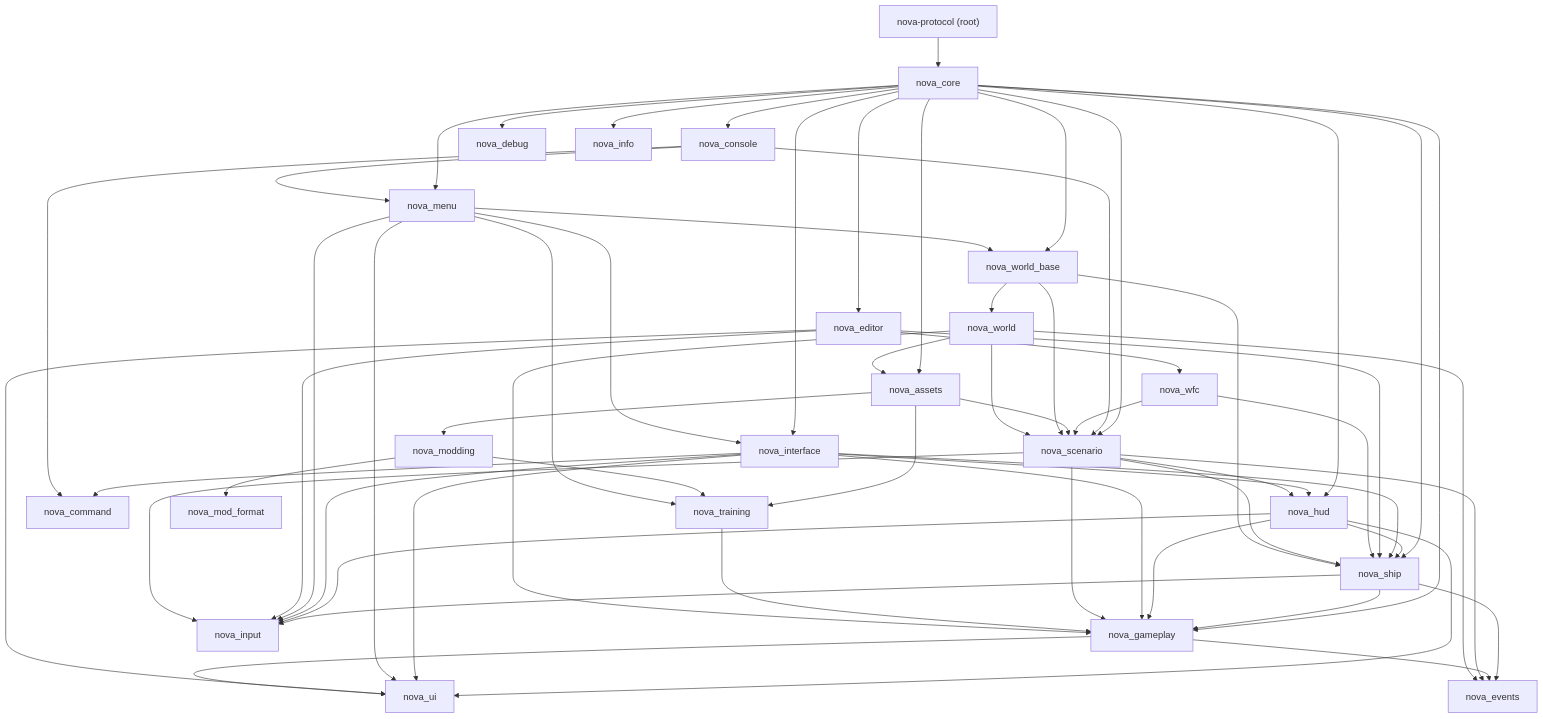
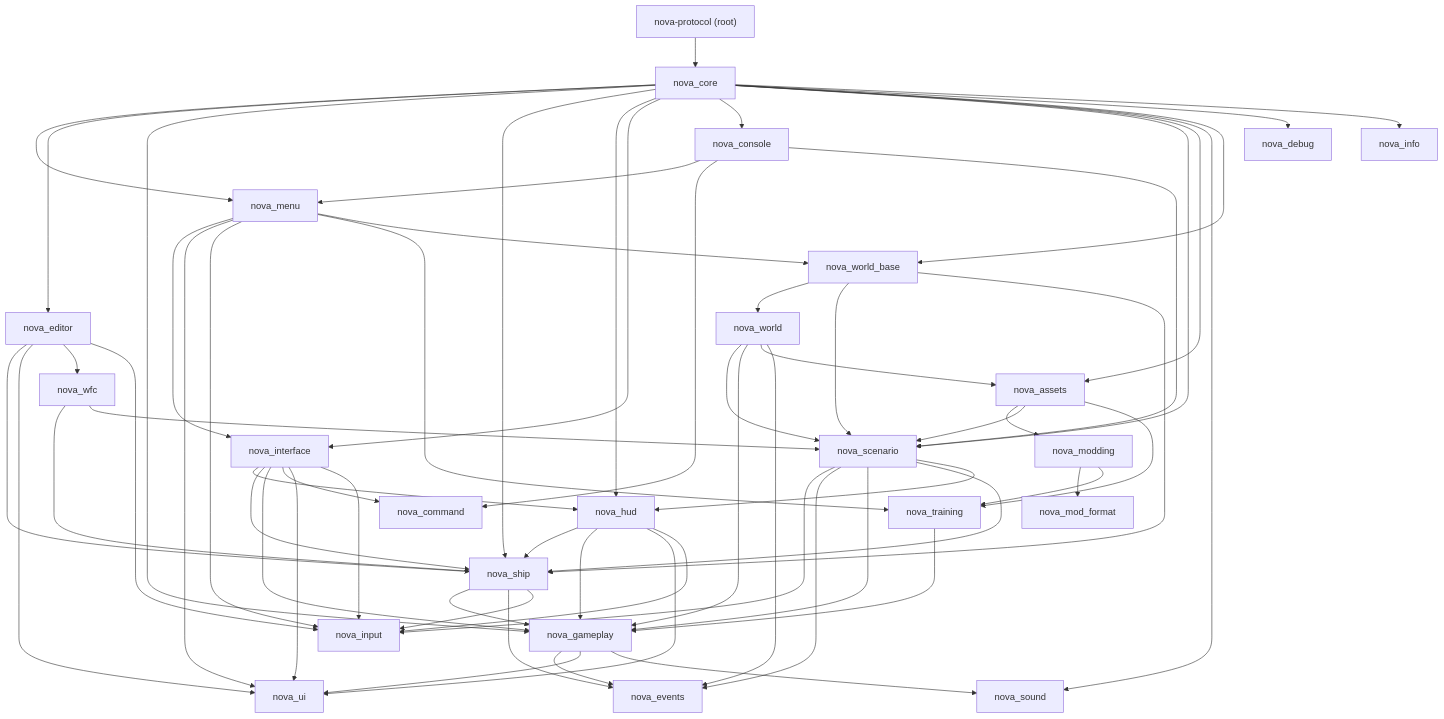
Before and after one commit to alexjercan/nova-protocol: the first of 3 diagrams in docs/architecture.md, drawn with Mermaid. The commit also changed other lines of this file and 93 other files, not shown here.

First line of the commit message:
Move the audio engine into nova_sound

````diff
--- a/docs/architecture.md
+++ b/docs/architecture.md
@@ -50,63 +51,65 @@
 ```mermaid
 graph TD
     root["nova-protocol (root)"] --> core["nova_core"]
     core --> menu["nova_menu"]
     core --> editor["nova_editor"]
     core --> gameplay["nova_gameplay"]
     core --> ship["nova_ship"]
     core --> hud["nova_hud"]
     core --> iface["nova_interface"]
     core --> console["nova_console"]
     core --> scenario["nova_scenario"]
     core --> assets["nova_assets"]
     ship --> gameplay
     ship --> events["nova_events"]
     hud --> ship
     hud --> gameplay
     hud --> ui["nova_ui"]
     iface --> hud
     iface --> ship
     iface --> gameplay
     iface --> cmd["nova_command"]
     iface --> ui
     menu --> iface
     console --> menu
     console --> cmd
     console --> scenario
     menu --> ui
     editor --> ship
     editor --> ui
     editor --> wfc["nova_wfc"]
     wfc --> ship
     wfc --> scenario
     gameplay --> events
     gameplay --> ui
+    gameplay --> sound["nova_sound"]
+    core --> sound
     ship --> input["nova_input"]
     hud --> input
     iface --> input
     menu --> input
     editor --> input
     scenario --> input
     scenario --> events
     scenario --> gameplay
     scenario --> ship
     scenario --> hud
     assets --> modding["nova_modding"]
     assets --> scenario
     assets --> training["nova_training"]
     modding --> modfmt["nova_mod_format"]
     modding --> training
     menu --> training
     training --> gameplay
     core --> worldbase["nova_world_base"]
     menu --> worldbase
     worldbase --> world["nova_world"]
     worldbase --> scenario
     worldbase --> ship
     world --> scenario
     world --> gameplay
     world --> assets
     world --> events
     core --> debug["nova_debug"]
     core --> info["nova_info"]
 ```
````
